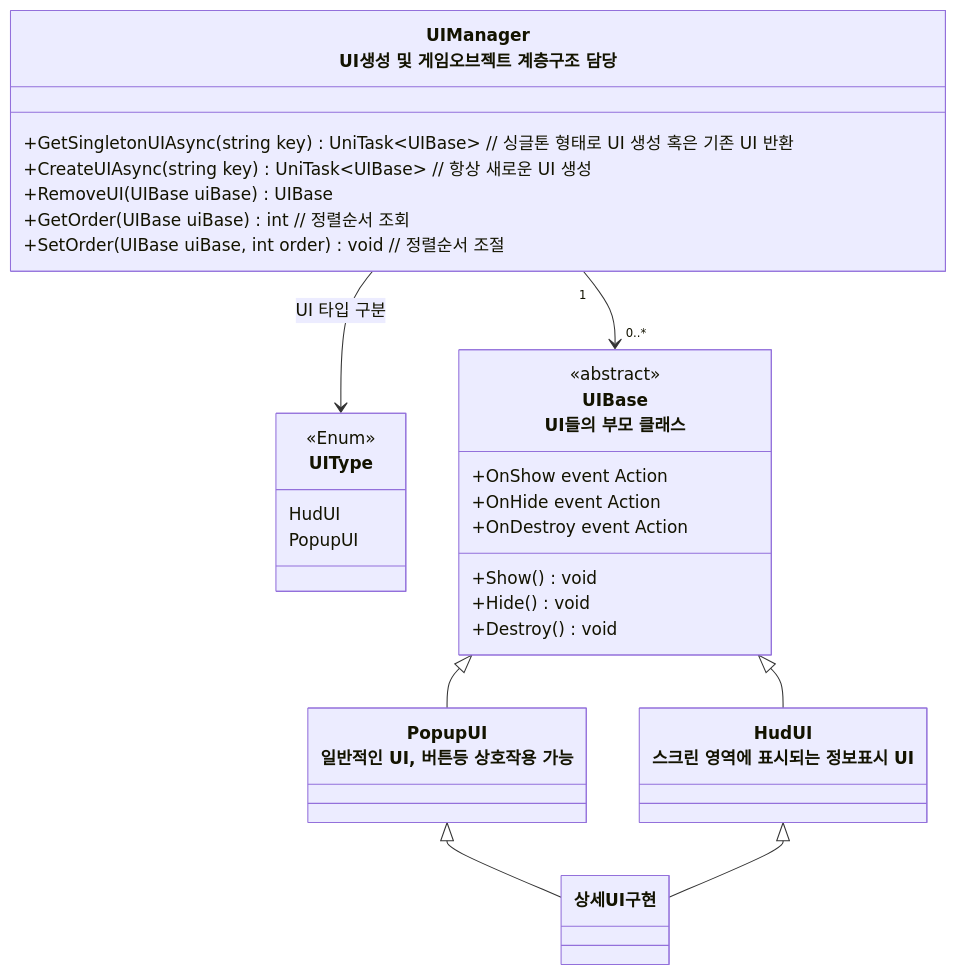
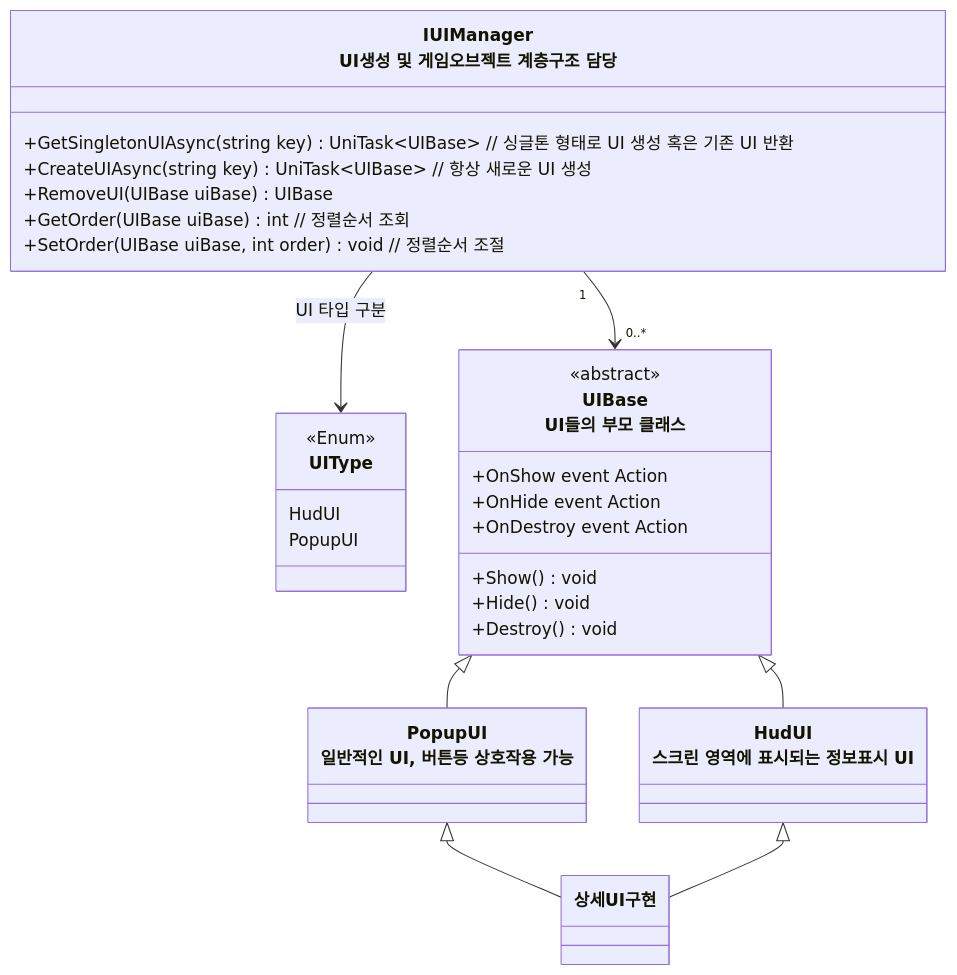
Before and after one commit to JIN5EOK/DungeonShooter: the first of 2 diagrams in README/UI_설계.md, drawn with Mermaid. The commit also changed other lines of this file, not shown here.

````diff
--- a/README/UI_설계.md
+++ b/README/UI_설계.md
@@ -5,39 +5,39 @@
 ```mermaid
 classDiagram
     class UIType{
         <<Enum>>
         HudUI
         PopupUI
     }
     
-    class UIManager["UIManager<br>UI생성 및 게임오브젝트 계층구조 담당"]{
+    class IUIManager["IUIManager<br>UI생성 및 게임오브젝트 계층구조 담당"]{
         +GetSingletonUIAsync(string key) UniTask~UIBase~ // 싱글톤 형태로 UI 생성 혹은 기존 UI 반환
         +CreateUIAsync(string key) UniTask~UIBase~ // 항상 새로운 UI 생성
         +RemoveUI(UIBase uiBase) UIBase
         +GetOrder(UIBase uiBase) int // 정렬순서 조회
         +SetOrder(UIBase uiBase, int order) void // 정렬순서 조절
     }
     
     class UIBase["UIBase<br>UI들의 부모 클래스"]{
         <<abstract>>
         +OnShow event Action
         +OnHide event Action
         +OnDestroy event Action
         +Show() void
         +Hide() void
         +Destroy() void
     }
     class PopupUI["PopupUI<br>일반적인 UI, 버튼등 상호작용 가능"]{
         
     }
     class HudUI["HudUI<br>스크린 영역에 표시되는 정보표시 UI"]{
 
     }
-    
-    UIManager --> UIType : UI 타입 구분
-    UIManager "1"-->"0..*" UIBase
+
+    IUIManager --> UIType : UI 타입 구분
+    IUIManager "1"-->"0..*" UIBase
     UIBase <|-- PopupUI
     UIBase <|-- HudUI
     PopupUI <|-- 상세UI구현
     HudUI<|-- 상세UI구현
 ```
````
